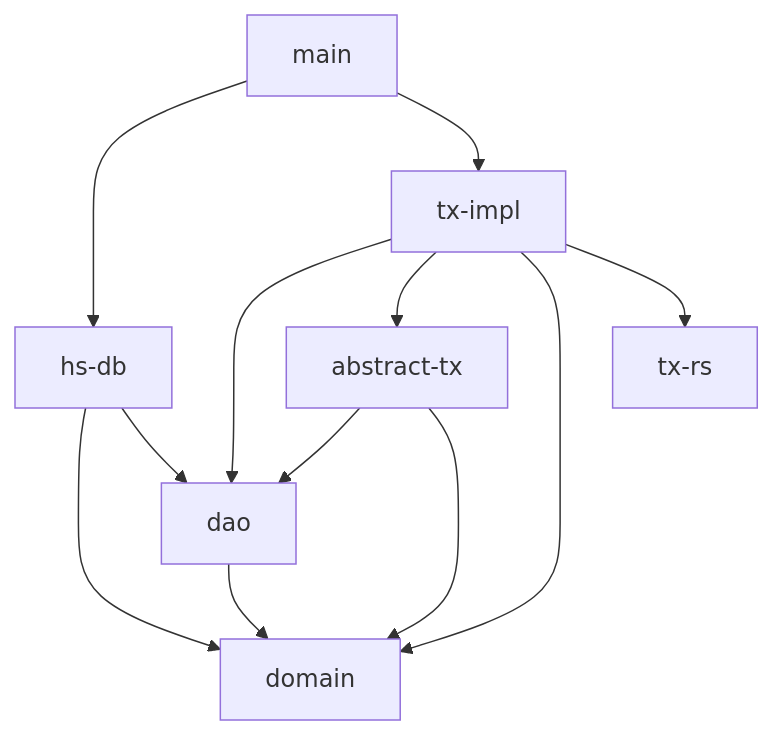
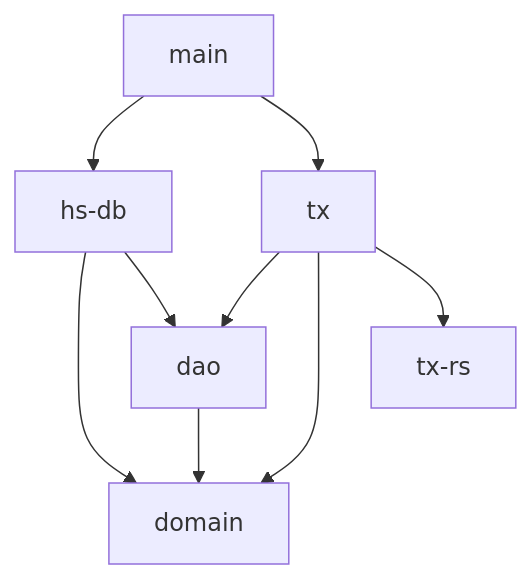
One commit to cutsea110/payroll changed the diagram in README.md. Above: the diagram before and after it, drawn with Mermaid. The commit also changed 1 other file, not shown here.

Commit message:
arrange modules

````diff
--- a/README.md
+++ b/README.md
@@ -3,15 +3,12 @@
 ```mermaid
 graph TD
 
   dao --> domain
-  abstract-tx --> dao
-  abstract-tx --> domain
-  tx-impl --> dao
-  tx-impl --> abstract-tx
-  tx-impl --> domain
-  tx-impl --> tx-rs
+  tx --> dao
+  tx --> domain
+  tx --> tx-rs
   hs-db --> domain
   hs-db --> dao
   main --> hs-db
-  main --> tx-impl
+  main --> tx
 ```
````
